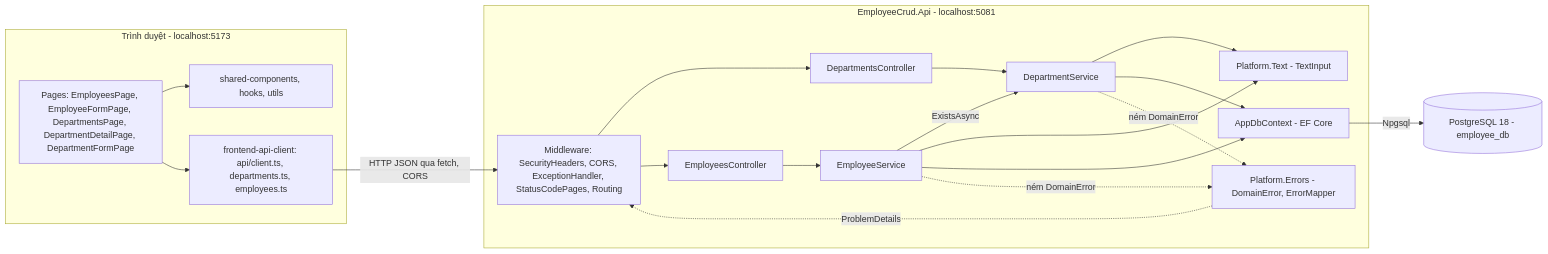
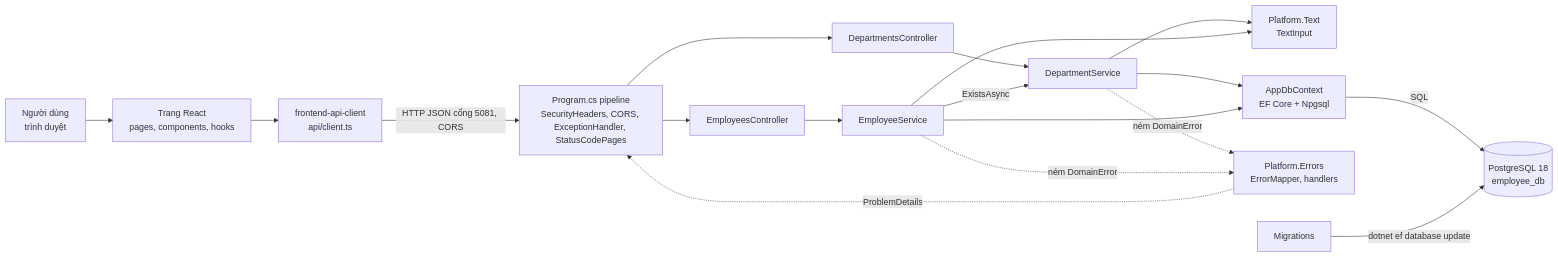
Before and after one commit to Minnhiep/employee-crud: the first of 5 diagrams in aidlc/spaces/default/codekb/employee-crud/architecture.md, drawn with Mermaid. The commit also changed other lines of this file and 28 other files, not shown here.

````diff
--- a/aidlc/spaces/default/codekb/employee-crud/architecture.md
+++ b/aidlc/spaces/default/codekb/employee-crud/architecture.md
@@ -21,35 +19,20 @@
 ```mermaid
 flowchart LR
-  subgraph Browser["Trình duyệt - localhost:5173"]
-    Pages["Pages: EmployeesPage, EmployeeFormPage, DepartmentsPage, DepartmentDetailPage, DepartmentFormPage"]
-    Shared["shared-components, hooks, utils"]
-    Client["frontend-api-client: api/client.ts, departments.ts, employees.ts"]
-  end
-  subgraph Api["EmployeeCrud.Api - localhost:5081"]
-    MW["Middleware: SecurityHeaders, CORS, ExceptionHandler, StatusCodePages, Routing"]
-    DC["DepartmentsController"]
-    EC["EmployeesController"]
-    DS["DepartmentService"]
-    ES["EmployeeService"]
-    TI["Platform.Text - TextInput"]
-    ERR["Platform.Errors - DomainError, ErrorMapper"]
-    CTX["AppDbContext - EF Core"]
-  end
-  PG[("PostgreSQL 18 - employee_db")]
-  Pages --> Shared
-  Pages --> Client
-  Client -- "HTTP JSON qua fetch, CORS" --> MW
-  MW --> DC
-  MW --> EC
-  DC --> DS
-  EC --> ES
-  ES -- "ExistsAsync" --> DS
-  DS --> TI
-  ES --> TI
-  DS --> CTX
-  ES --> CTX
-  DS -. "ném DomainError" .-> ERR
-  ES -. "ném DomainError" .-> ERR
-  ERR -. "ProblemDetails" .-> MW
-  CTX -- "Npgsql" --> PG
+    U["Người dùng<br/>trình duyệt"] --> FE["Trang React<br/>pages, components, hooks"]
+    FE --> CL["frontend-api-client<br/>api/client.ts"]
+    CL -->|"HTTP JSON cổng 5081, CORS"| PIPE["Program.cs pipeline<br/>SecurityHeaders, CORS, ExceptionHandler, StatusCodePages"]
+    PIPE --> DC["DepartmentsController"]
+    PIPE --> EC["EmployeesController"]
+    DC --> DS["DepartmentService"]
+    EC --> ES["EmployeeService"]
+    ES -->|"ExistsAsync"| DS
+    DS --> TX["Platform.Text<br/>TextInput"]
+    ES --> TX
+    DS --> DB["AppDbContext<br/>EF Core + Npgsql"]
+    ES --> DB
+    DS -.->|"ném DomainError"| ERR["Platform.Errors<br/>ErrorMapper, handlers"]
+    ES -.->|"ném DomainError"| ERR
+    ERR -.->|"ProblemDetails"| PIPE
+    DB -->|"SQL"| PG[("PostgreSQL 18<br/>employee_db")]
+    MIG["Migrations"] -->|"dotnet ef database update"| PG
 ```
````
